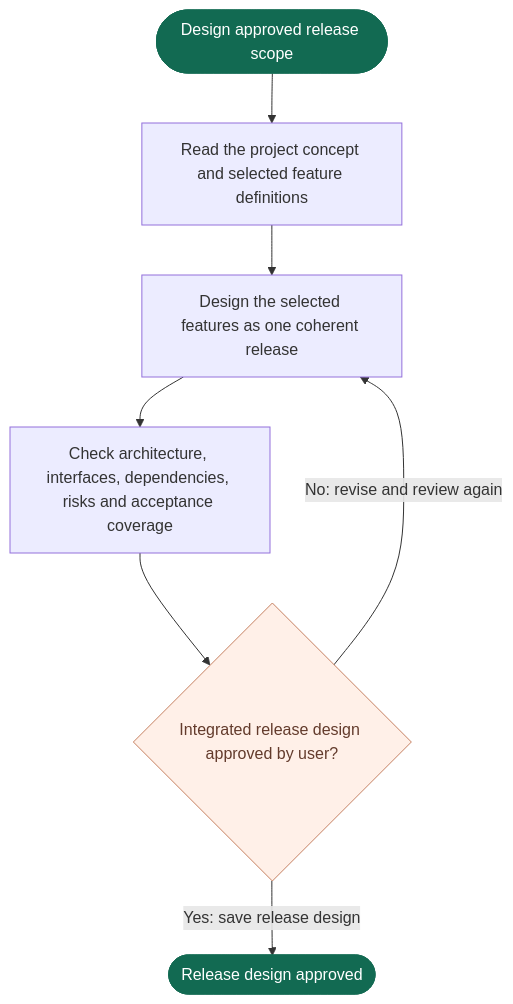
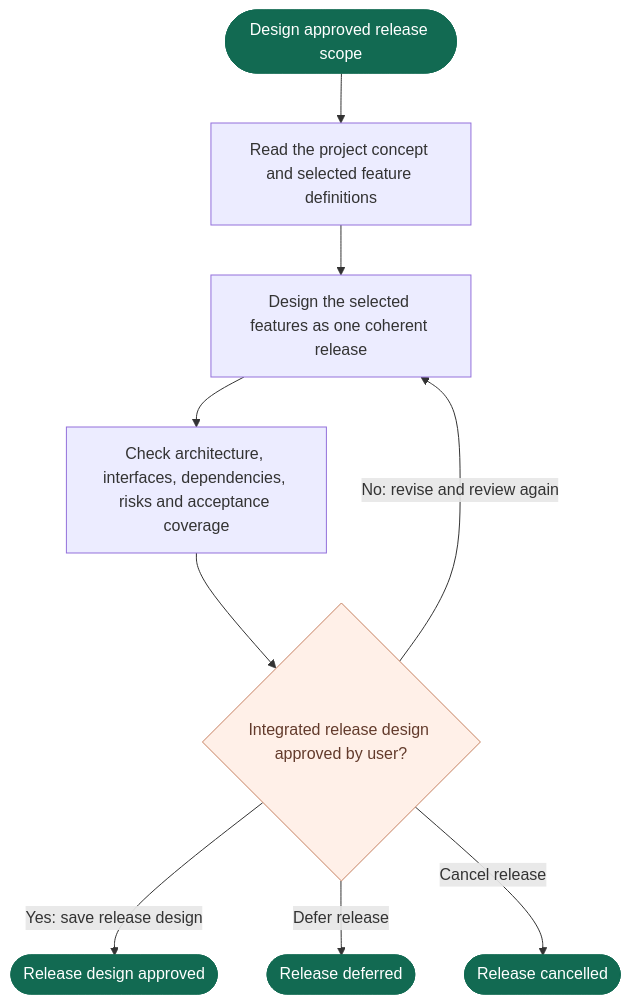
Before and after one commit to vanlangenlabs/vanlangenlabs-site: the diagram in docs/airflow/flows/design.mmd, drawn with Mermaid. The commit also changed 11 other files, not shown here.

Commit message:
feat(airflow): define lifecycle contract and phase context

```diff
--- a/docs/airflow/flows/design.mmd
+++ b/docs/airflow/flows/design.mmd
@@ -1,12 +1,28 @@
 flowchart TD
     start([Design approved release scope]) --> inspect[Read the project concept and selected feature definitions]
+%% @airflow-context inspect
+%% Load the approved concept, the exact approved scope, and only the feature
+%% Definitions listed there. Do not design backlog items outside the scope.
+%% @end-airflow-context
     inspect --> integrate[Design the selected features as one coherent release]
+%% @airflow-context integrate
+%% Design how the selected features work together as one version: shared
+%% components, interfaces, dependencies, data flows, risks, rollout and test
+%% approach. Trace every feature acceptance criterion to the integrated Design.
+%% @end-airflow-context
     integrate --> review[Check architecture, interfaces, dependencies, risks and acceptance coverage]
     review --> designApproval{Integrated release design approved by user?}
     designApproval -- No: revise and review again --> integrate
     designApproval -- Yes: save release design --> designReady([Release design approved])
+%% @airflow-context designApproval
+%% The human approves the integrated Design against the current scope digest.
+%% Bind approval to the exact Design digest and record evidence in `.air/index.md`.
+%% Material scope/design changes invalidate affected approvals per the contract.
+%% @end-airflow-context
+    designApproval -- Defer release --> designDeferred([Release deferred])
+    designApproval -- Cancel release --> designCancelled([Release cancelled])
 
     classDef boundary fill:#126a52,color:#ffffff,stroke:#126a52
     classDef approval fill:#fff0e8,color:#633b2c,stroke:#c68162
-    class start,designReady boundary
+    class start,designReady,designDeferred,designCancelled boundary
     class designApproval approval
```
